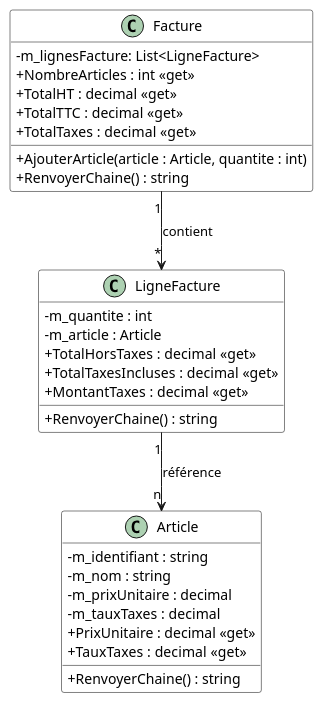
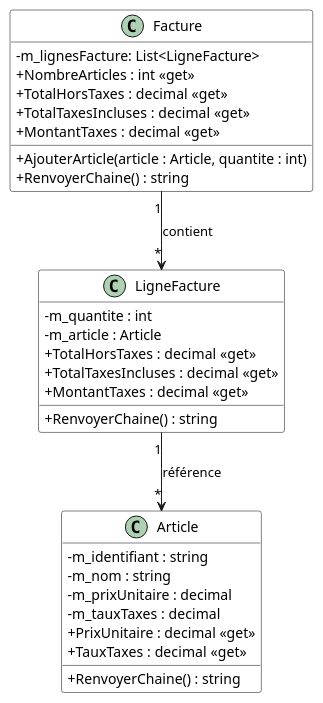
Before and after one commit to PiFou86/420-W20-SF: the diagram in Module03_Association/diag/src/FactureDiagClasses_Exercices.wsd, drawn with PlantUML. The commit also changed 2 other files, not shown here.

```diff
--- a/Module03_Association/diag/src/FactureDiagClasses_Exercices.wsd
+++ b/Module03_Association/diag/src/FactureDiagClasses_Exercices.wsd
@@ -1,37 +1,37 @@
 @startuml FactureDiagClasses
 skinparam classAttributeIconSize 0
 skinparam class {
     BackgroundColor White
     BorderColor #000
 }
 
 Facture "1" --> "*" LigneFacture : contient
-LigneFacture "1" --> "n" Article : référence
+LigneFacture "1" --> "*" Article : référence
 
 class Facture {
     - m_lignesFacture: List<LigneFacture>
     + NombreArticles : int <<get>>
-    + TotalHT : decimal <<get>>
-    + TotalTTC : decimal <<get>>
-    + TotalTaxes : decimal <<get>>
+    + TotalHorsTaxes : decimal <<get>>
+    + TotalTaxesIncluses : decimal <<get>>
+    + MontantTaxes : decimal <<get>>
     + AjouterArticle(article : Article, quantite : int)
     + RenvoyerChaine() : string
 }
 class LigneFacture {
     - m_quantite : int
     - m_article : Article
     + TotalHorsTaxes : decimal <<get>>
     + TotalTaxesIncluses : decimal <<get>>
     + MontantTaxes : decimal <<get>>
     + RenvoyerChaine() : string
 }
 class Article {
     - m_identifiant : string
     - m_nom : string
     - m_prixUnitaire : decimal
     - m_tauxTaxes : decimal
     + PrixUnitaire : decimal <<get>>
     + TauxTaxes : decimal <<get>>
     + RenvoyerChaine() : string
 }
 @enduml
```
